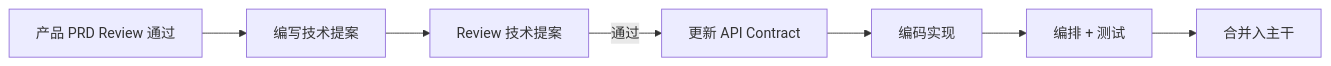
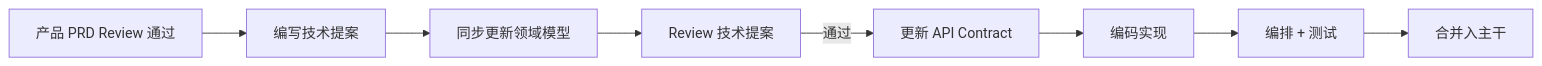
The diagram in docs/engineering/AGENTS.md (Deliay/z-agent-gear), drawn with Mermaid before and after one commit. The commit also changed other lines of this file and 16 other files, not shown here.

````diff
--- a/docs/engineering/AGENTS.md
+++ b/docs/engineering/AGENTS.md
@@ -96,9 +99,10 @@
 ```mermaid
 flowchart LR
     P[产品 PRD Review 通过] --> T[编写技术提案]
-    T --> R[Review 技术提案]
+    T --> D[同步更新领域模型]
+    D --> R[Review 技术提案]
     R -->|通过| C[更新 API Contract]
     C --> I[编码实现]
     I --> E[编排 + 测试]
     E --> M[合并入主干]
 ```
````
